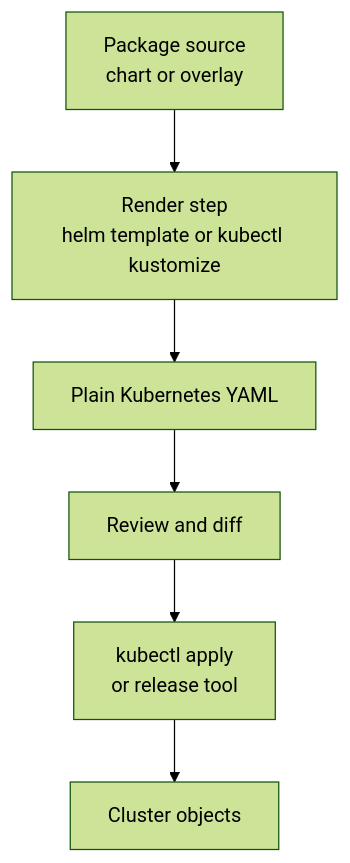
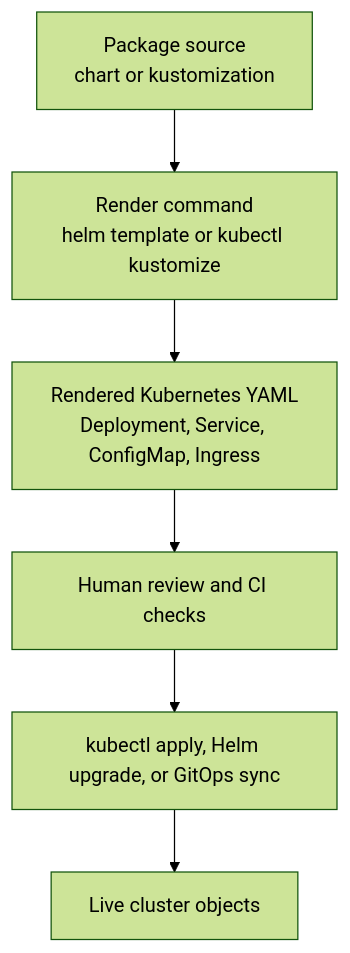
The diagram in containers-orchestration/kubernetes/packaging/why-manifest-packaging-matters.md (senlinyy/dev-roadmaps), drawn with Mermaid (forest theme) before and after one commit. The commit also changed other lines of this file and 119 other files, not shown here.

````diff
--- a/containers-orchestration/kubernetes/packaging/why-manifest-packaging-matters.md
+++ b/containers-orchestration/kubernetes/packaging/why-manifest-packaging-matters.md
@@ -62,8 +58,8 @@
 ```mermaid
 flowchart TD
-    A["Package source<br/>chart or overlay"] --> B["Render step<br/>helm template or kubectl kustomize"]
-    B --> C["Plain Kubernetes YAML"]
-    C --> D["Review and diff"]
-    D --> E["kubectl apply<br/>or release tool"]
-    E --> F["Cluster objects"]
+    Source["Package source<br/>chart or kustomization"] --> Render["Render command<br/>helm template or kubectl kustomize"]
+    Render --> Output["Rendered Kubernetes YAML<br/>Deployment, Service, ConfigMap, Ingress"]
+    Output --> Review["Human review and CI checks"]
+    Review --> Apply["kubectl apply, Helm upgrade, or GitOps sync"]
+    Apply --> Cluster["Live cluster objects"]
 ```
````
